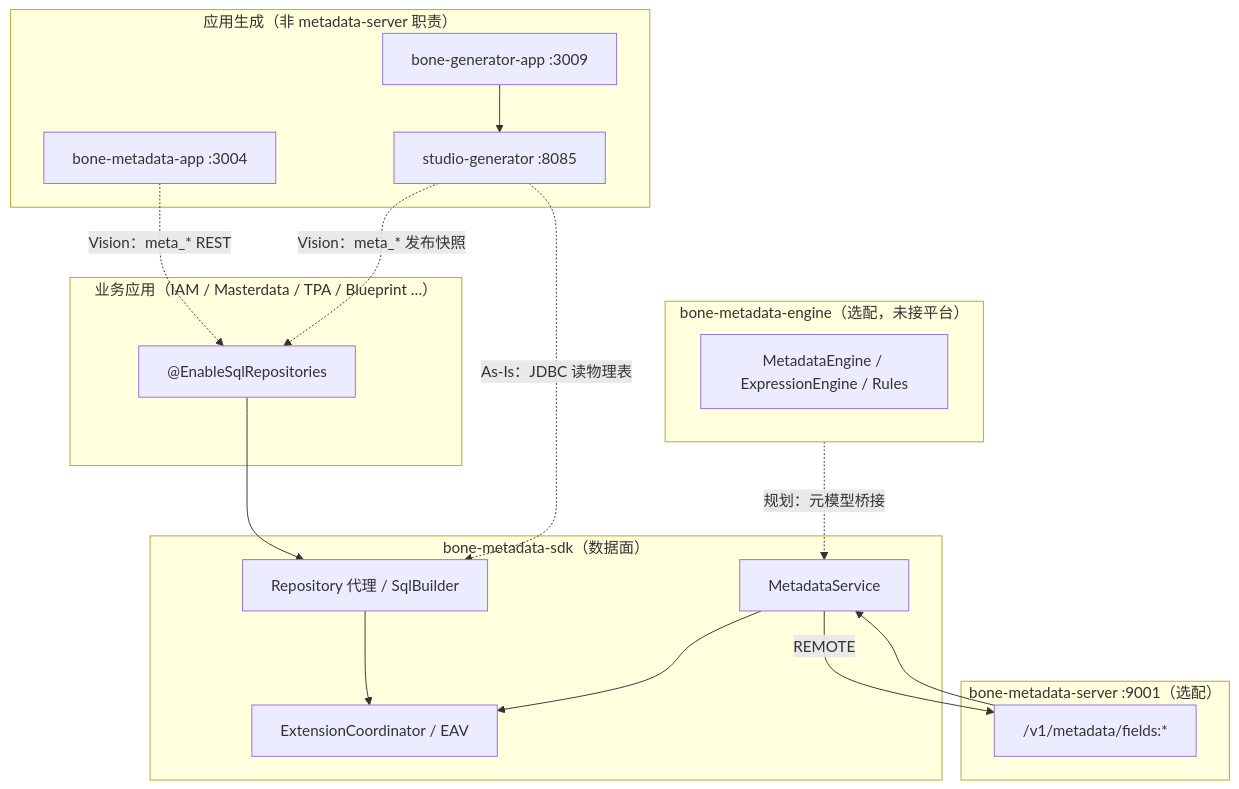
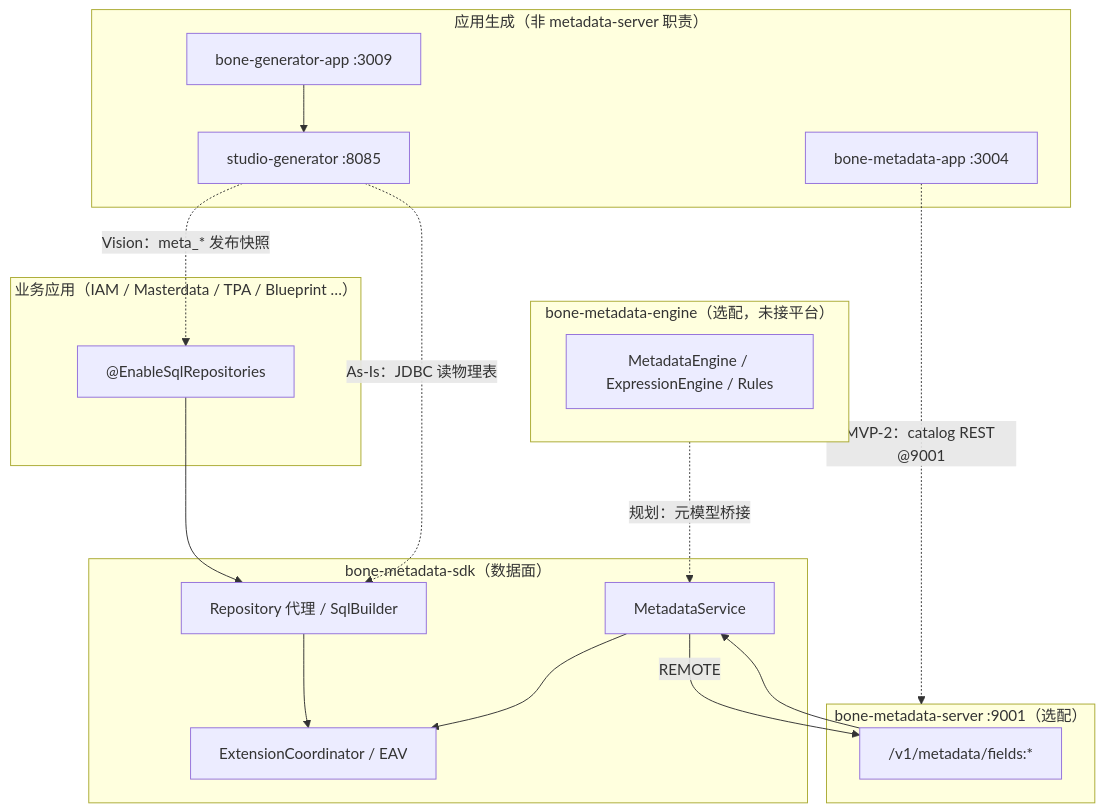
The diagram in doc/design/modules/元数据能力-实现映射与竞品对照.md (trenhui/bone), drawn with Mermaid before and after one commit. The commit also changed other lines of this file and 54 other files, not shown here.

````diff
--- a/doc/design/modules/元数据能力-实现映射与竞品对照.md
+++ b/doc/design/modules/元数据能力-实现映射与竞品对照.md
@@ -80,38 +91,38 @@
 ```mermaid
 flowchart TB
   subgraph apps["业务应用（IAM / Masterdata / TPA / Blueprint …）"]
     APP["@EnableSqlRepositories"]
   end
 
   subgraph sdk["bone-metadata-sdk（数据面）"]
     REPO["Repository 代理 / SqlBuilder"]
     MS["MetadataService"]
     EAV["ExtensionCoordinator / EAV"]
   end
 
   subgraph srv["bone-metadata-server :9001（选配）"]
     API["/v1/metadata/fields:*"]
   end
 
   subgraph eng["bone-metadata-engine（选配，未接平台）"]
     ME["MetadataEngine / ExpressionEngine / Rules"]
   end
 
   subgraph other["应用生成（非 metadata-server 职责）"]
     GEN["studio-generator :8085"]
     GENUI["bone-generator-app :3009"]
     METAUI["bone-metadata-app :3004"]
   end
 
   APP --> REPO
   REPO --> EAV
   MS --> EAV
   MS -->|REMOTE| API
   API --> MS
 
   eng -.->|规划：元模型桥接| MS
-  METAUI -.->|Vision：meta_* REST| APP
+  METAUI -.->|MVP-2：catalog REST @9001| srv
   GEN -.->|As-Is：JDBC 读物理表| REPO
   GEN -.->|Vision：meta_* 发布快照| APP
   GENUI --> GEN
 ```
````
